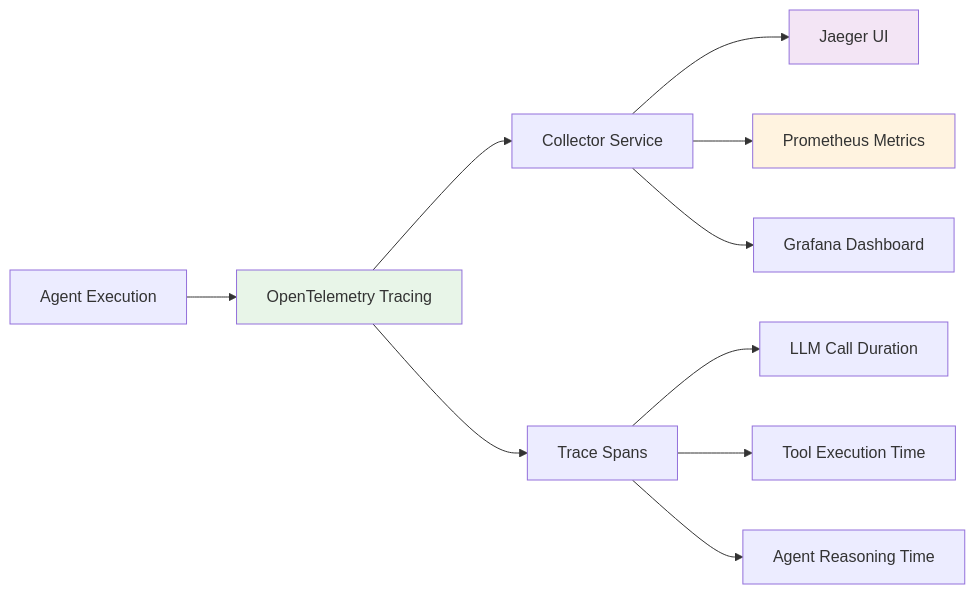
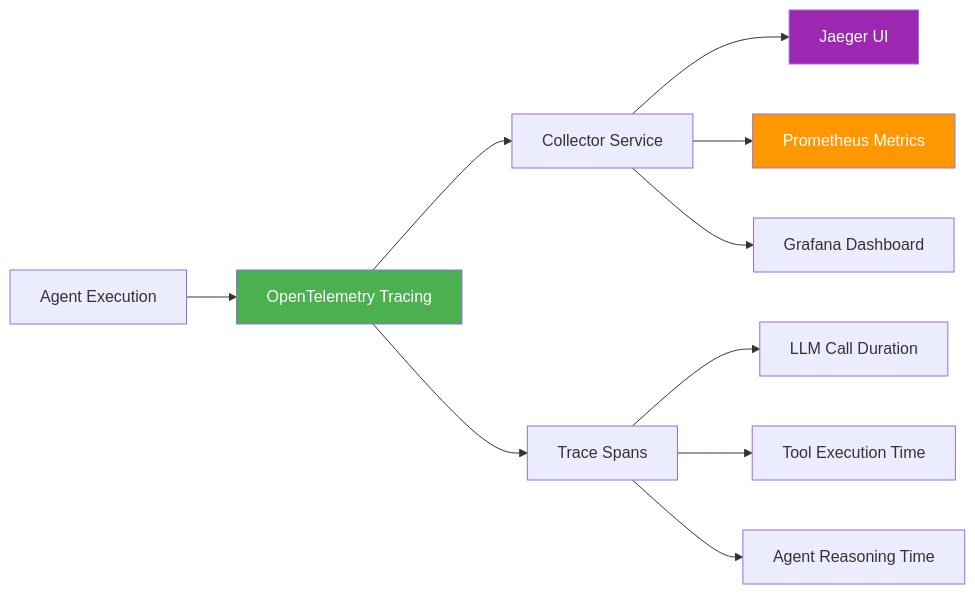
Before and after one commit to fwornle/agentic-ai-nano: diagram 11 of 17 in docs-content/01_frameworks/Session1_ModuleD_Coding_Assistant_Case_Study.md, drawn with Mermaid. The commit also changed other lines of this file, not shown here.

Commit message:
docs: review Option D, styling (mermaid)

````diff
--- a/docs-content/01_frameworks/Session1_ModuleD_Coding_Assistant_Case_Study.md
+++ b/docs-content/01_frameworks/Session1_ModuleD_Coding_Assistant_Case_Study.md
@@ -646,17 +646,17 @@
 ```mermaid
 graph LR
     A[Agent Execution] --> T[OpenTelemetry Tracing]
     T --> C[Collector Service]
     C --> J[Jaeger UI]
     C --> P[Prometheus Metrics]
     C --> G[Grafana Dashboard]
     
     T --> SPANS[Trace Spans]
     SPANS --> LLM[LLM Call Duration]
     SPANS --> TOOL[Tool Execution Time]
     SPANS --> AGENT[Agent Reasoning Time]
     
-    style T fill:#e8f5e8
-    style J fill:#f3e5f5
-    style P fill:#fff3e0
+    style T fill:#4CAF50,color:#ffffff
+    style J fill:#9C27B0,color:#ffffff
+    style P fill:#FF9800,color:#ffffff
 ```
````
